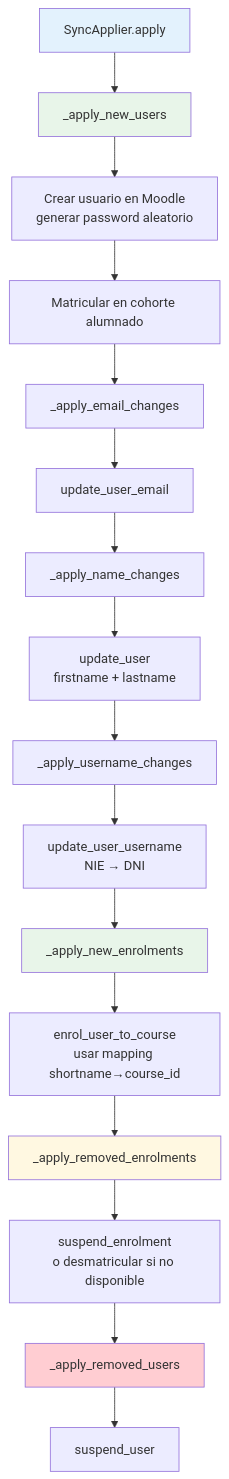
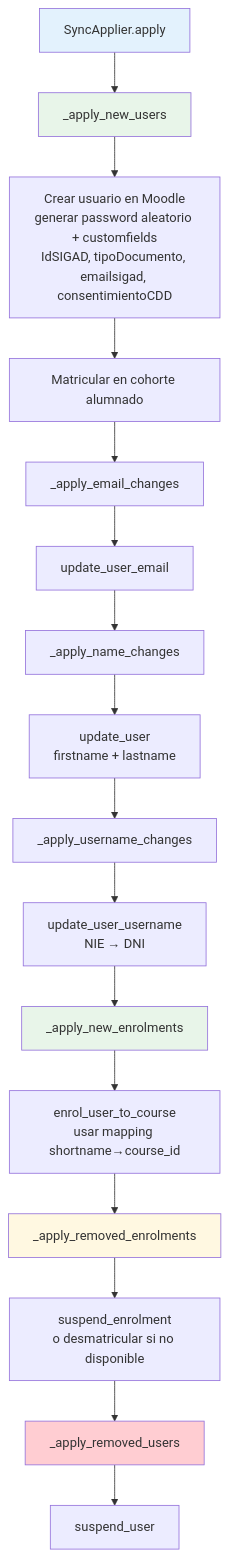
Before and after one commit to FPVirtual/fp-virtual-gestion-alumnos: the seventh of 13 diagrams in docus/flujos.md, drawn with Mermaid. The commit also changed other lines of this file and 19 other files, not shown here.

````diff
--- a/docus/flujos.md
+++ b/docus/flujos.md
@@ -286,30 +286,30 @@
 ```mermaid
 flowchart TD
     A[SyncApplier.apply] --> B[_apply_new_users]
-    B --> B1[Crear usuario en Moodle<br/>generar password aleatorio]
+    B --> B1[Crear usuario en Moodle<br/>generar password aleatorio + customfields<br/>IdSIGAD, tipoDocumento, emailsigad, consentimientoCDD]
     B1 --> B2[Matricular en cohorte alumnado]
 
     B2 --> C[_apply_email_changes]
     C --> C1[update_user_email]
 
     C1 --> D[_apply_name_changes]
     D --> D1[update_user<br/>firstname + lastname]
 
     D1 --> E[_apply_username_changes]
     E --> E1[update_user_username<br/>NIE → DNI]
 
     E1 --> F[_apply_new_enrolments]
     F --> F1[enrol_user_to_course<br/>usar mapping shortname→course_id]
 
     F1 --> G[_apply_removed_enrolments]
     G --> G1[suspend_enrolment<br/>o desmatricular si no disponible]
 
     G1 --> H[_apply_removed_users]
     H --> H1[suspend_user]
 
     style A fill:#e3f2fd
     style B fill:#e8f5e9
     style F fill:#e8f5e9
     style G fill:#fff8e1
     style H fill:#ffcdd2
 ```
````
